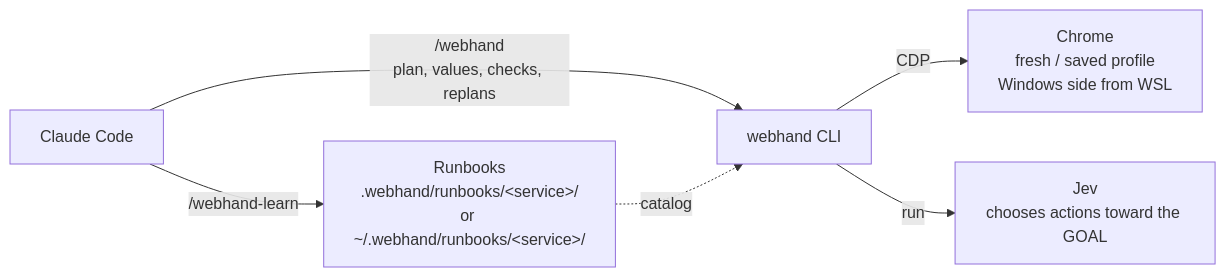
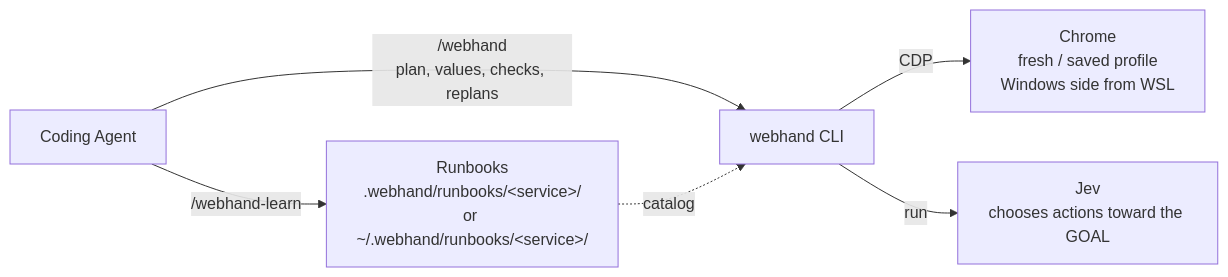
One commit to sakamoto66/webhand changed the diagram in docs/reference.md. Above: the diagram before and after it, drawn with Mermaid. The commit also changed other lines of this file and 38 other files, not shown here.

First line of the commit message:
Add multi-agent support for Antigravity and Codex alongside Claude Code

````diff
--- a/docs/reference.md
+++ b/docs/reference.md
@@ -20,8 +20,8 @@
 ```mermaid
 flowchart LR
-  CC["Claude Code"] -->|"/webhand-learn"| RB["Runbooks<br>.webhand/runbooks/#lt;service#gt;/<br>or ~/.webhand/runbooks/#lt;service#gt;/"]
-  CC -->|"/webhand<br>plan, values, checks, replans"| CLI["webhand CLI"]
+  AG["Coding Agent"] -->|"/webhand-learn"| RB["Runbooks<br>.webhand/runbooks/#lt;service#gt;/<br>or ~/.webhand/runbooks/#lt;service#gt;/"]
+  AG -->|"/webhand<br>plan, values, checks, replans"| CLI["webhand CLI"]
   RB -.->|"catalog"| CLI
   CLI -->|"CDP"| CH["Chrome<br>fresh / saved profile<br>Windows side from WSL"]
   CLI -->|"run"| JEV["Jev<br>chooses actions toward the GOAL"]
 ```
````
